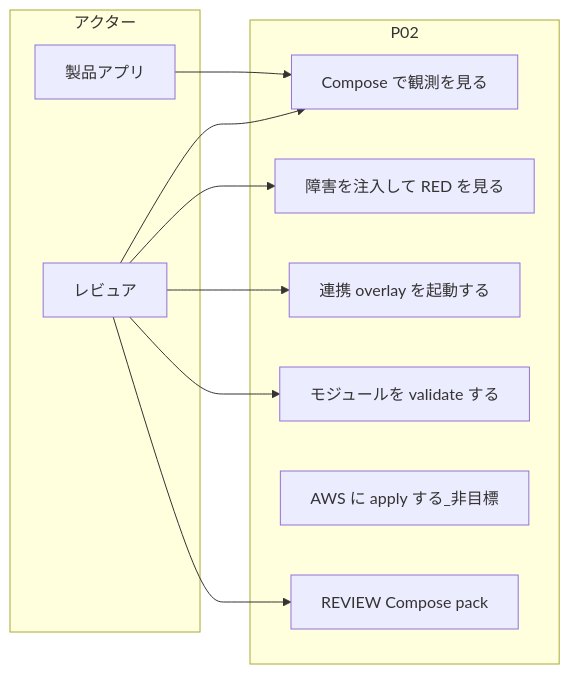
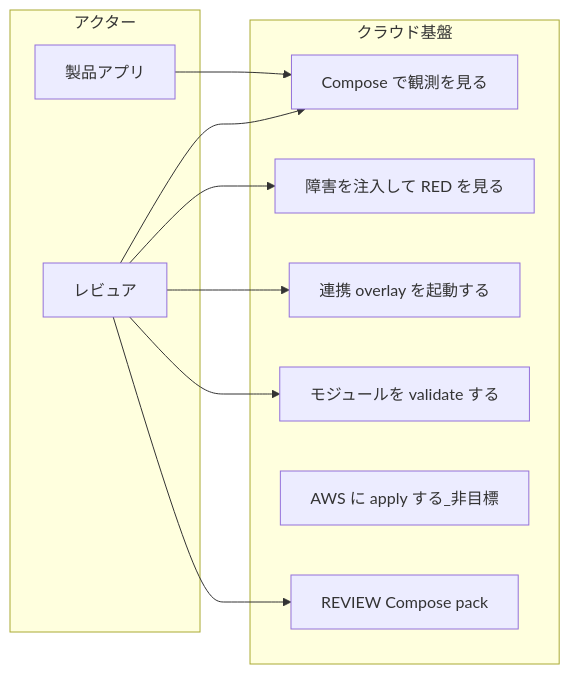
One commit to maeplego/portfolio-plan changed the first of 4 diagrams in portfolio-plan/cloud-platform/docs/06-diagrams.md. Above: the diagram before and after it, drawn with Mermaid. The commit also changed other lines of this file and 111 other files, not shown here.

````diff
--- a/portfolio-plan/cloud-platform/docs/06-diagrams.md
+++ b/portfolio-plan/cloud-platform/docs/06-diagrams.md
@@ -15,21 +14,21 @@
 ```mermaid
 flowchart LR
   subgraph actors [アクター]
     Rev[レビュア]
     App[製品アプリ]
   end
-  subgraph uc [P02]
+  subgraph uc [クラウド基盤]
     UC1[Compose で観測を見る]
     UC2[障害を注入して RED を見る]
     UC3[連携 overlay を起動する]
     UC4[モジュールを validate する]
     UC5[AWS に apply する_非目標]
     UC6[REVIEW Compose pack]
   end
   Rev --> UC1
   Rev --> UC2
   Rev --> UC3
   Rev --> UC4
   Rev --> UC6
   App --> UC1
 ```
````
